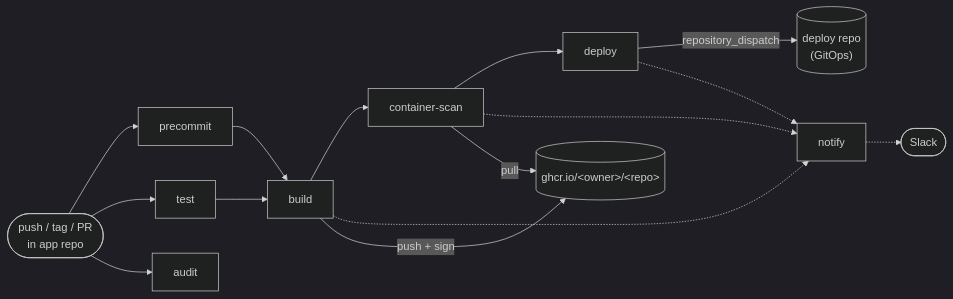
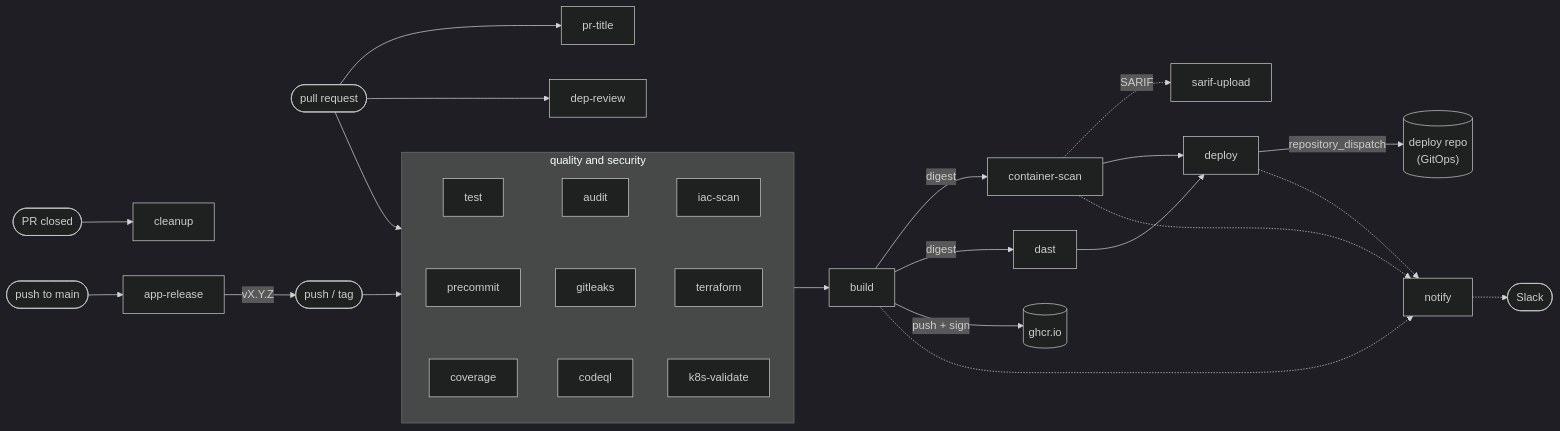
The first of 2 diagrams in README.md (pen-pal/centralized-workflow), drawn with Mermaid (dark theme) before and after one commit. The commit also changed other lines of this file and 3 other files, not shown here.

````diff
--- a/README.md
+++ b/README.md
@@ -25,12 +44,20 @@
 ```mermaid
 flowchart LR
-    push(["push / tag / PR<br/>in app repo"]) --> precommit & test & audit
-    precommit & test --> build
-    build --> scan[container-scan]
-    scan --> deploy
+    pr(["pull request"]) --> prt[pr-title] & dr[dep-review] & q
+    push(["push / tag"]) --> q
+    subgraph q [quality and security]
+        direction TB
+        test ~~~ precommit ~~~ coverage
+        audit ~~~ gitleaks ~~~ codeql
+        iac[iac-scan] ~~~ tf[terraform] ~~~ k8s[k8s-validate]
+    end
+    q --> build
+    build -- digest --> scan[container-scan] & dast
+    scan -. SARIF .-> sarif[sarif-upload]
+    scan & dast --> deploy
     deploy -- repository_dispatch --> gitops[("deploy repo<br/>(GitOps)")]
-    build & scan & deploy -.-> notify
-    notify -.-> slack(["Slack"])
-    build -- push + sign --> ghcr[("ghcr.io/&lt;owner&gt;/&lt;repo&gt;")]
-    scan -- pull --> ghcr
+    build -- push + sign --> ghcr[("ghcr.io")]
+    build & scan & deploy -.-> notify -.-> slack(["Slack"])
+    closed(["PR closed"]) --> cleanup
+    main(["push to main"]) --> rel[app-release] -- vX.Y.Z --> push
 ```
````
